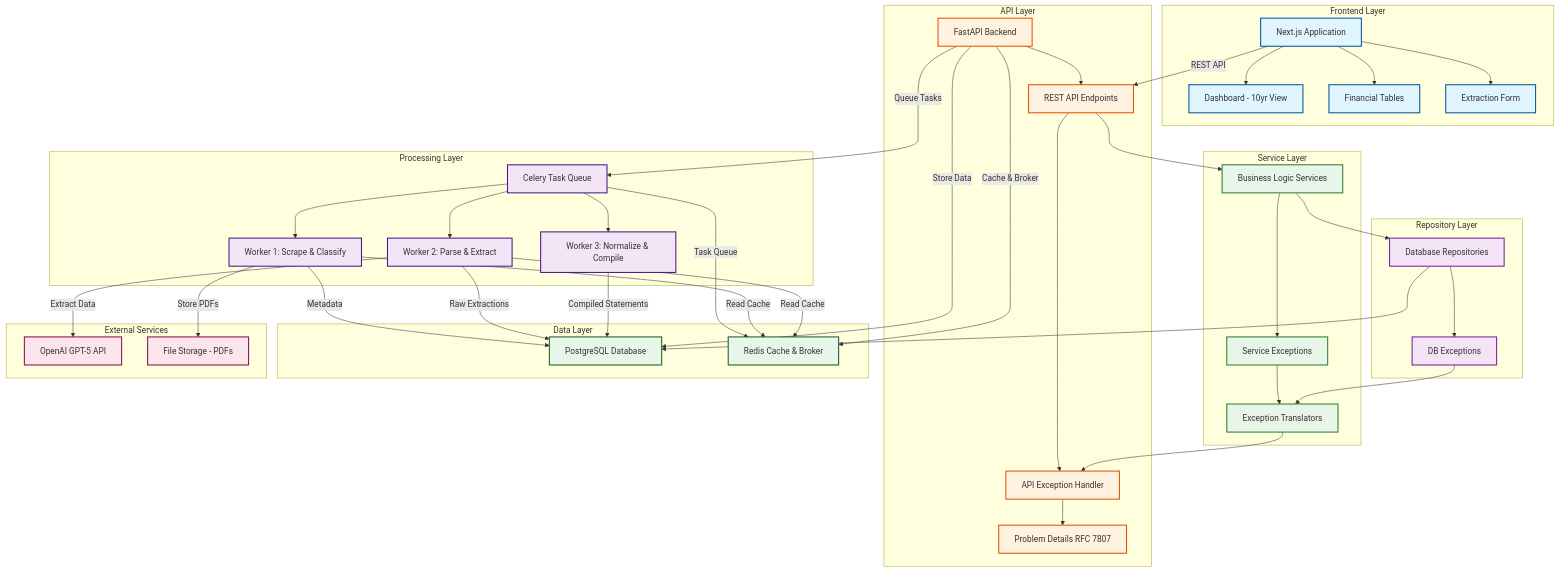
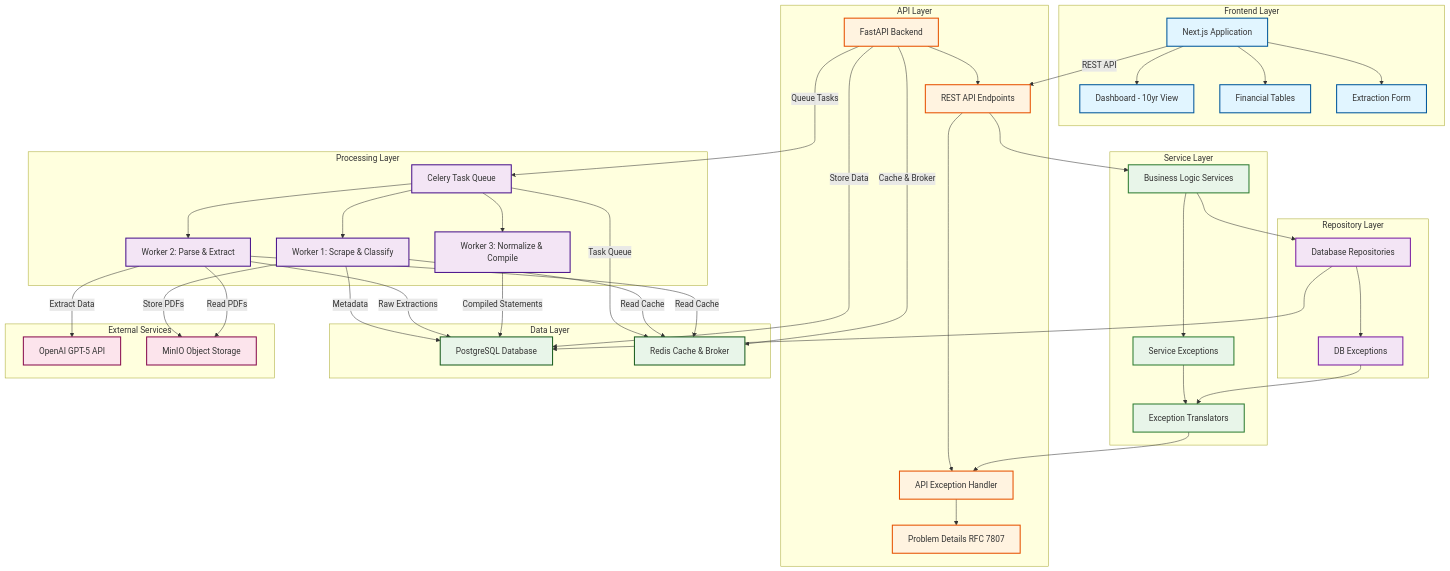
The diagram in docs/index.md (PatrykQuantumNomad/financial-data-extractor), drawn with Mermaid before and after one commit. The commit also changed other lines of this file and 19 other files, not shown here.

```diff
--- a/docs/index.md
+++ b/docs/index.md
@@ -84,7 +84,7 @@
 
     subgraph "External Services"
         F[OpenAI GPT-5 API]
-        G[File Storage - PDFs]
+        G[MinIO Object Storage]
     end
 
     A -->|REST API| B1
@@ -97,6 +97,7 @@
     W1 -->|Store PDFs| G
     W1 -->|Metadata| D
     W2 -->|Extract Data| F
+    W2 -->|Read PDFs| G
     W2 -->|Raw Extractions| D
     W3 -->|Compiled Statements| D
     C -->|Task Queue| E
```
